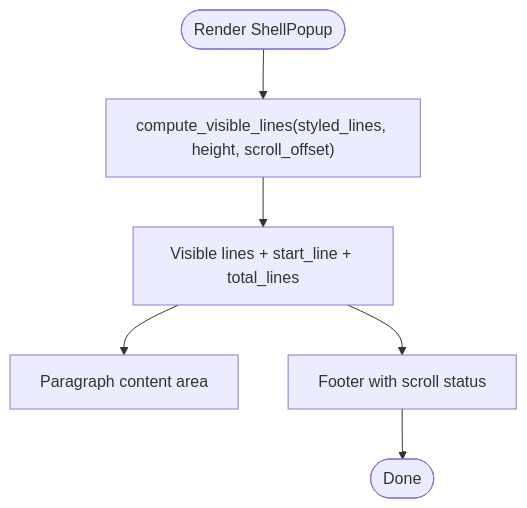
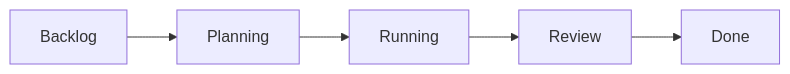
The fourth of 5 diagrams in .qoder/repowiki/en/content/User Interface Guide/User Interface Guide.md (bramburn/agtx), drawn with Mermaid before and after one commit. The commit also changed other lines of this file and 140 other files, not shown here.

First line of the commit message:
fix(tui): add F2 footer navigation support to shell popup

````diff
--- a/.qoder/repowiki/en/content/User Interface Guide/User Interface Guide.md
+++ b/.qoder/repowiki/en/content/User Interface Guide/User Interface Guide.md
@@ -270,8 +232,7 @@
 ```mermaid
-flowchart TD
-Start(["Render ShellPopup"]) --> Compute["compute_visible_lines(styled_lines, height, scroll_offset)"]
-Compute --> Visible["Visible lines + start_line + total_lines"]
-Visible --> Content["Paragraph content area"]
-Visible --> Footer["Footer with scroll status"]
-Footer --> End(["Done"])
+flowchart LR
+A["Backlog"] --> B["Planning"]
+B --> C["Running"]
+C --> D["Review"]
+D --> E["Done"]
 ```
````
